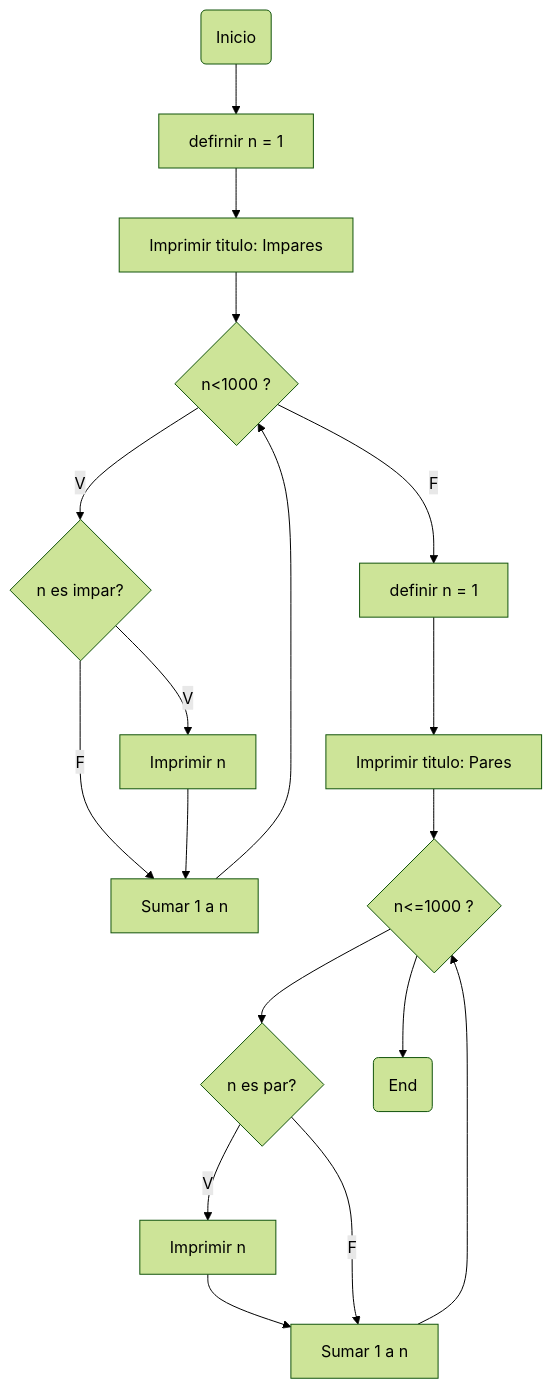
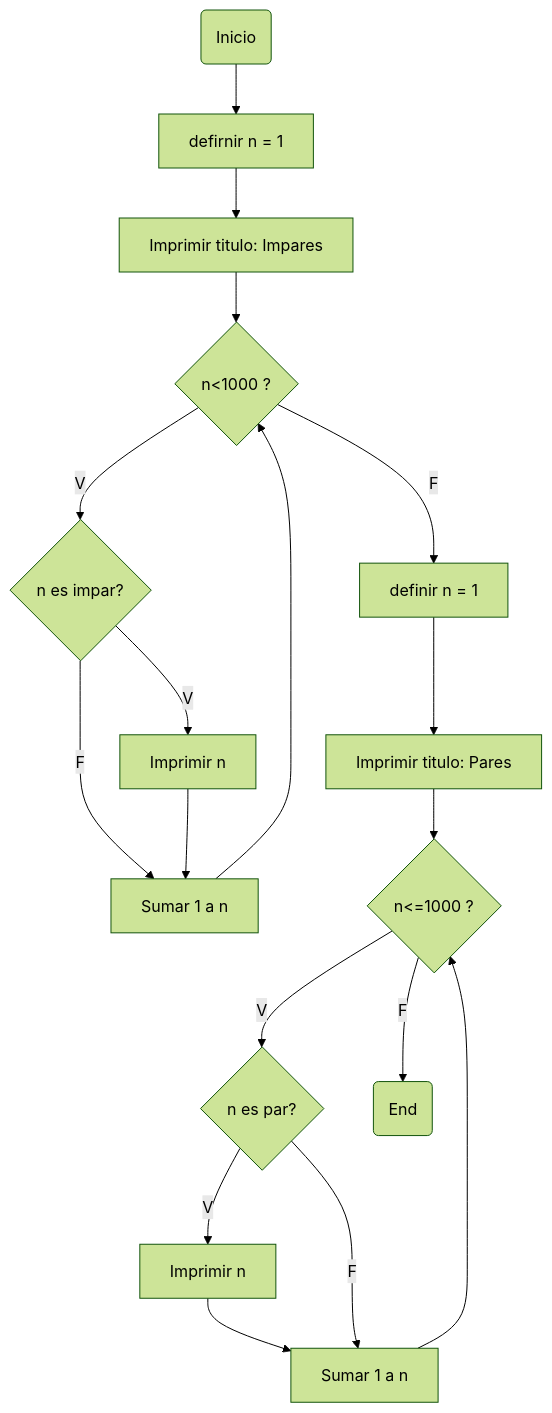
Before and after one commit to Felip-UN/Bucles-R6: the second of 2 diagrams in README.md, drawn with Mermaid (forest theme).

Commit message:
Ultimo cambio D.2
Mermaid avaces es confuso...

````diff
--- a/README.md
+++ b/README.md
@@ -34,33 +34,33 @@
 ```mermaid
 ---
 config:
   layout: fixed
 ---
 flowchart TD
     n1["Inicio"] --> n2["defirnir n = 1"]
     n2 --> n3["Imprimir titulo: Impares"]
     n3 --> n4["n&lt;1000 ?"]
     n4 -- F --> n6["definir n = 1"]
     n4 -- V --> n7["n es impar?"]
     n7 -- F --> n8["Sumar 1 a n"]
     n7 -- V --> n9["Imprimir n"]
     n9 --> n8
     n8 --> n4
     n10["n es par?"] -- V --> n12["Imprimir n"]
     n12 --> n11["Sumar 1 a n"]
     n6 --> n13["Imprimir titulo: Pares"]
     n10 -- F --> n11
     n13 --> n15["n&lt;=1000 ?"]
-    n15 --> n10
+    n15 -- V --> n10
+    n15 -- F --> n14["End"]
     n11 --> n15
-    n15 --> n14["End"]
     n1@{ shape: rounded}
     n4@{ shape: diam}
     n7@{ shape: diam}
     n10@{ shape: diam}
     n12@{ shape: rect}
     n11@{ shape: rect}
     n13@{ shape: rect}
     n15@{ shape: diam}
     n14@{ shape: rounded}
 ```
````
